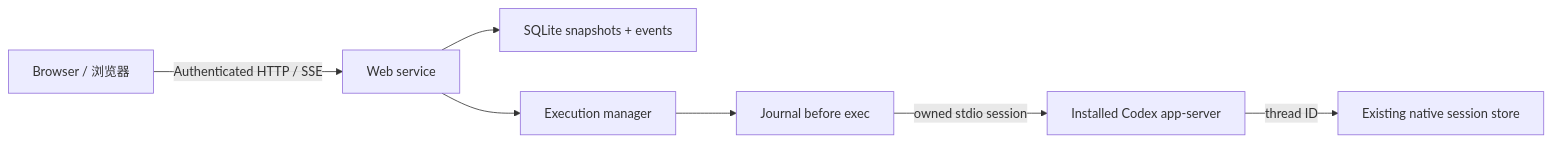
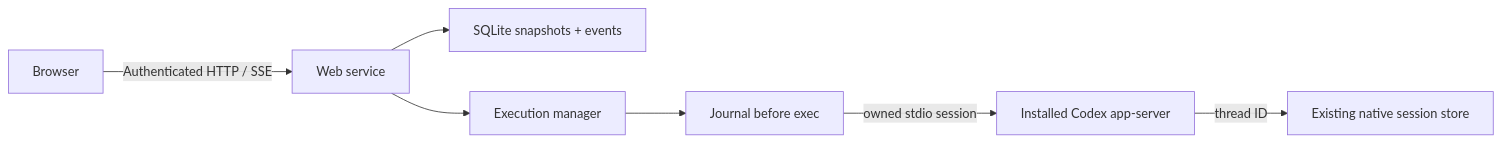
The diagram in docs/architecture.md (vitslam/codex-webui), drawn with Mermaid before and after one commit. The commit also changed other lines of this file and 54 other files, not shown here.

````diff
--- a/docs/architecture.md
+++ b/docs/architecture.md
@@ -3,9 +3,9 @@
 ```mermaid
 flowchart LR
-  Browser[Browser / 浏览器] -->|Authenticated HTTP / SSE| Web[Web service]
+  Browser[Browser] -->|Authenticated HTTP / SSE| Web[Web service]
   Web --> Store[SQLite snapshots + events]
   Web --> Manager[Execution manager]
   Manager --> Guard[Journal before exec]
   Guard -->|owned stdio session| CLI[Installed Codex app-server]
   CLI -->|thread ID| Native[Existing native session store]
 ```
````
